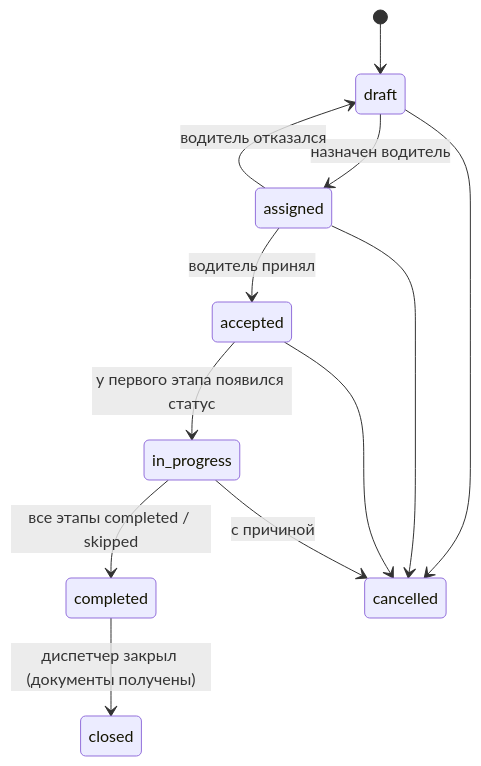
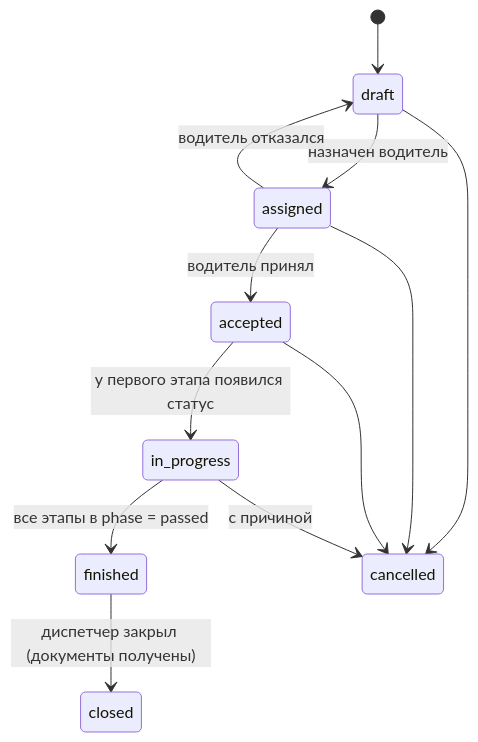
The second of 2 diagrams in docs/state-machine.md (spite-creator/plobi-chat), drawn with Mermaid before and after one commit. The commit also changed other lines of this file and 2 other files, not shown here.

First line of the commit message:
Clarify status vocabulary: completed = work finished, departed = left the point, phase for stage position

````diff
--- a/docs/state-machine.md
+++ b/docs/state-machine.md
@@ -174,14 +188,14 @@
 ```mermaid
 stateDiagram-v2
     [*] --> draft
     draft --> assigned: назначен водитель
     assigned --> accepted: водитель принял
     assigned --> draft: водитель отказался
     accepted --> in_progress: у первого этапа появился статус
-    in_progress --> completed: все этапы completed / skipped
-    completed --> closed: диспетчер закрыл (документы получены)
+    in_progress --> finished: все этапы в phase = passed
+    finished --> closed: диспетчер закрыл (документы получены)
     draft --> cancelled
     assigned --> cancelled
     accepted --> cancelled
     in_progress --> cancelled: с причиной
 ```
````
